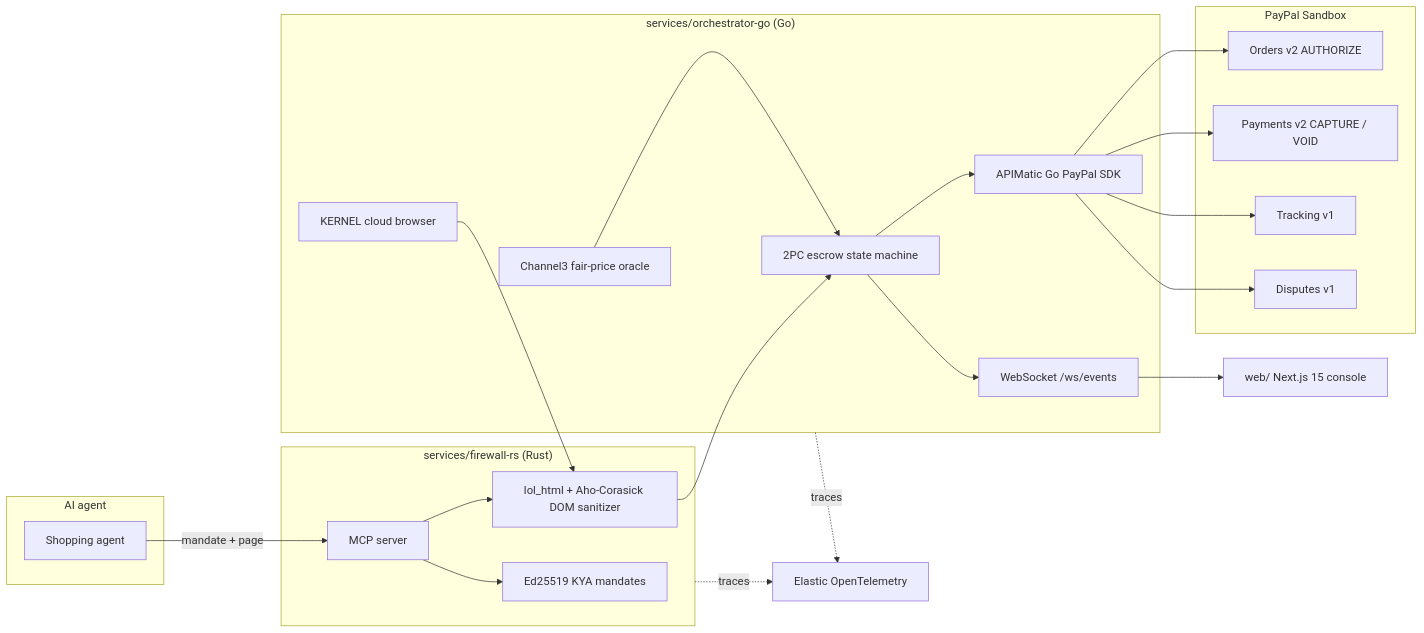
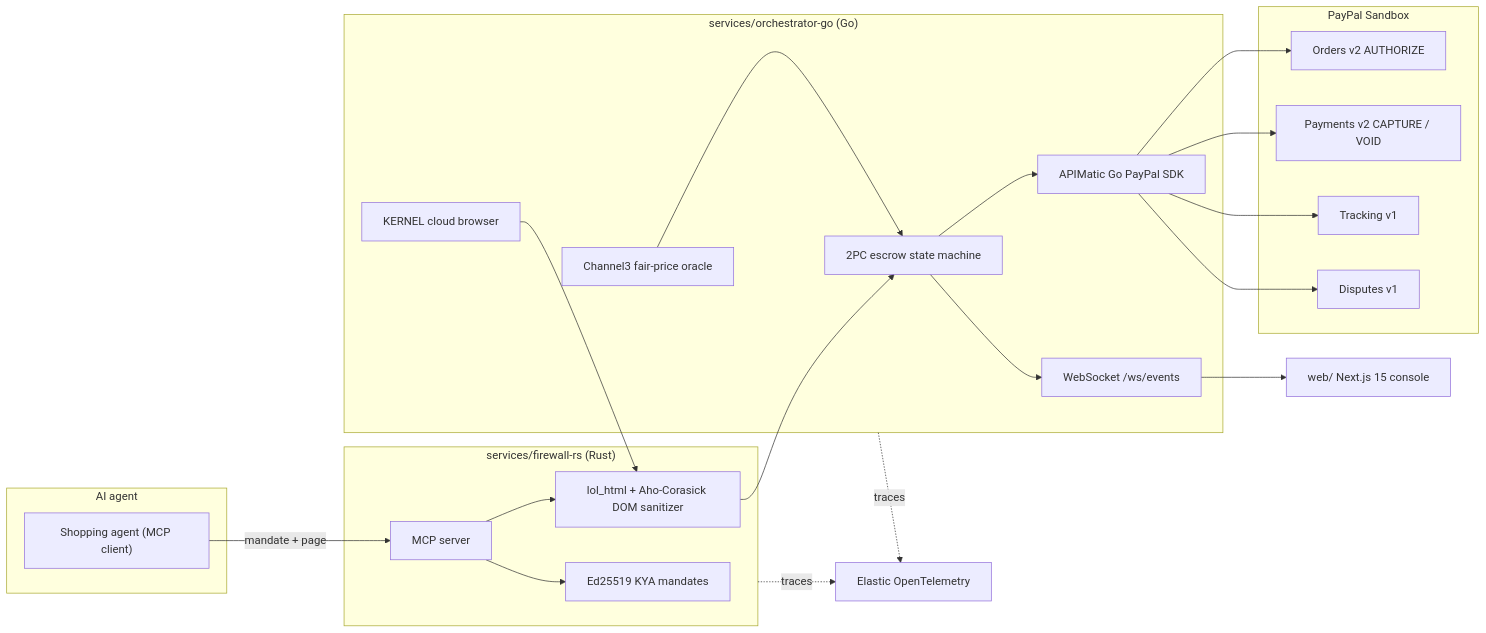
The diagram in README.md (sruj08/Talos), drawn with Mermaid before and after one commit. The commit also changed other lines of this file, not shown here.

````diff
--- a/README.md
+++ b/README.md
@@ -157,41 +220,41 @@
 ```mermaid
 flowchart LR
   subgraph Agent["AI agent"]
-    A["Shopping agent"]
+    A["Shopping agent (MCP client)"]
   end
   subgraph Firewall["services/firewall-rs (Rust)"]
     M["Ed25519 KYA mandates"]
     S["lol_html + Aho-Corasick DOM sanitizer"]
     MCP["MCP server"]
   end
   subgraph Orchestrator["services/orchestrator-go (Go)"]
     C3["Channel3 fair-price oracle"]
     K["KERNEL cloud browser"]
     E["2PC escrow state machine"]
     SDK["APIMatic Go PayPal SDK"]
     WS["WebSocket /ws/events"]
   end
   subgraph PayPal["PayPal Sandbox"]
     O["Orders v2 AUTHORIZE"]
     P["Payments v2 CAPTURE / VOID"]
     T["Tracking v1"]
     D["Disputes v1"]
   end
   UI["web/ Next.js 15 console"]
   OBS["Elastic OpenTelemetry"]
 
   A -->|mandate + page| MCP
   MCP --> M
   MCP --> S
   K --> S
   S --> E
   C3 --> E
   E --> SDK
   SDK --> O
   SDK --> P
   SDK --> T
   SDK --> D
   E --> WS --> UI
   Firewall -. traces .-> OBS
   Orchestrator -. traces .-> OBS
 ```
````
